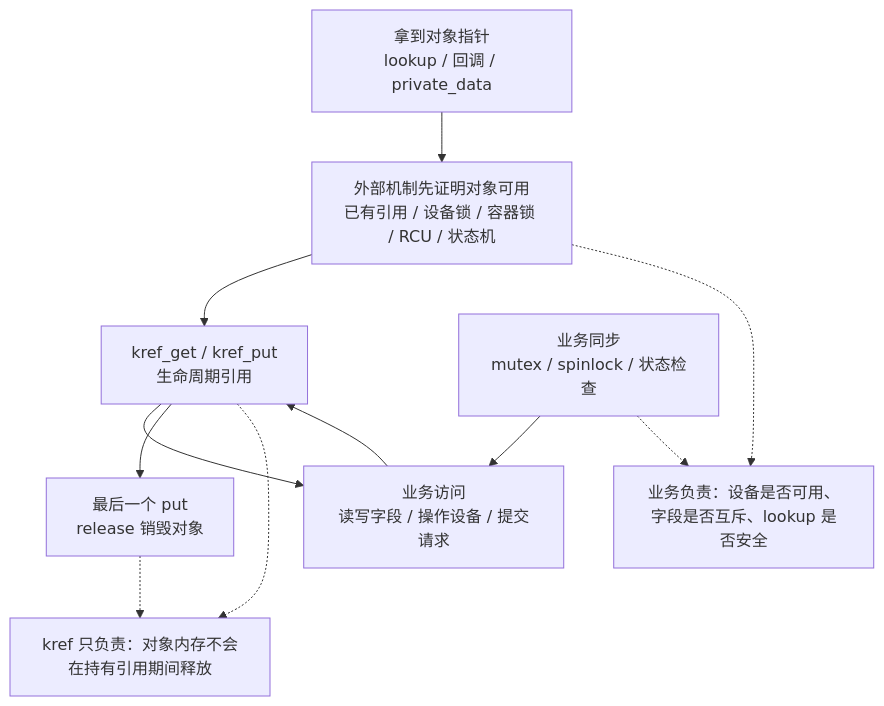
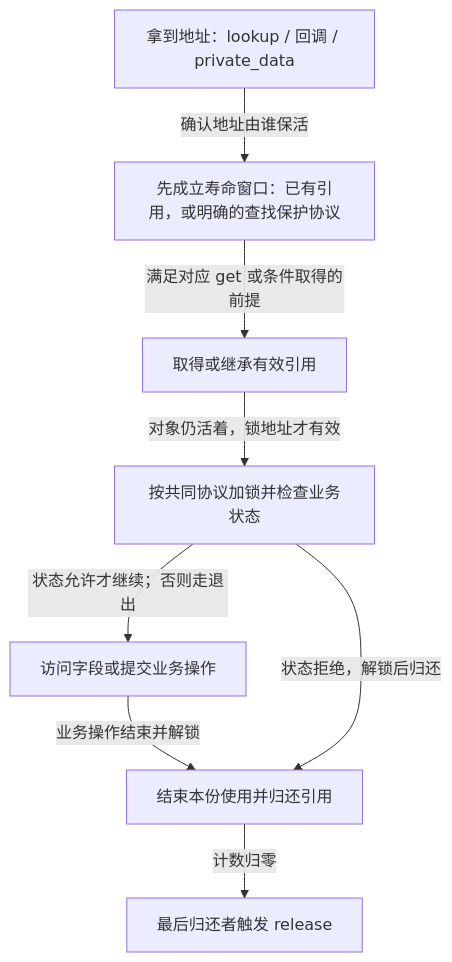
One commit to FormingSystem/linux_note changed the fourth of 5 diagrams in knowledge/linux/object_lifetime/kref/P01_kref_要解决什么问题.md. Above: the diagram before and after it, drawn with Mermaid. The commit also changed other lines of this file and 13 other files, not shown here.

````diff
--- a/knowledge/linux/object_lifetime/kref/P01_kref_要解决什么问题.md
+++ b/knowledge/linux/object_lifetime/kref/P01_kref_要解决什么问题.md
@@ -340,24 +313,17 @@
 ```mermaid
 flowchart TD
-	ptr["拿到对象指针<br/>lookup / 回调 / private_data"]
-	proof["外部机制先证明对象可用<br/>已有引用 / 设备锁 / 容器锁 / RCU / 状态机"]
-	kref["kref_get / kref_put<br/>生命周期引用"]
-	access["业务访问<br/>读写字段 / 操作设备 / 提交请求"]
-	sync["业务同步<br/>mutex / spinlock / 状态检查"]
-	release["最后一个 put<br/>release 销毁对象"]
-
-	ptr --> proof
-	proof --> kref
-	kref --> access
-	sync --> access
-	access --> kref
-	kref --> release
-
-	kref_scope["kref 只负责：对象内存不会在持有引用期间释放"]
-	biz_scope["业务负责：设备是否可用、字段是否互斥、lookup 是否安全"]
-
-	kref -.-> kref_scope
-	release -.-> kref_scope
-	proof -.-> biz_scope
-	sync -.-> biz_scope
+    ptr["拿到地址：lookup / 回调 / private_data"]
+    proof["先成立寿命窗口：已有引用，或明确的查找保护协议"]
+    hold["取得或继承有效引用"]
+    sync["按共同协议加锁并检查业务状态"]
+    access["访问字段或提交业务操作"]
+    put["结束本份使用并归还引用"]
+    finish["最后归还者触发 release"]
+    ptr -->|"确认地址由谁保活"| proof
+    proof -->|"满足对应 get 或条件取得的前提"| hold
+    hold -->|"对象仍活着，锁地址才有效"| sync
+    sync -->|"状态允许才继续；否则走退出"| access
+    access -->|"业务操作结束并解锁"| put
+    sync -->|"状态拒绝，解锁后归还"| put
+    put -->|"计数归零"| finish
 ```
````
